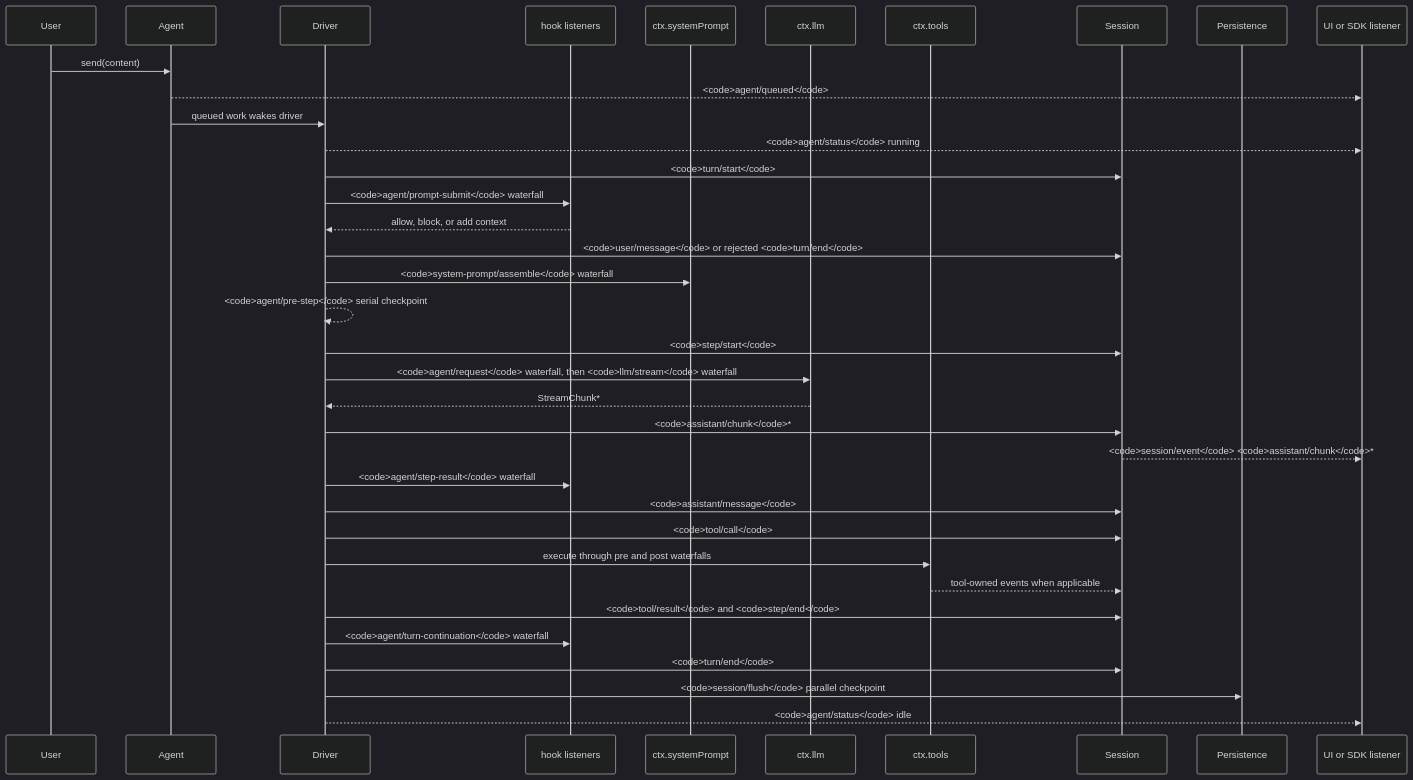
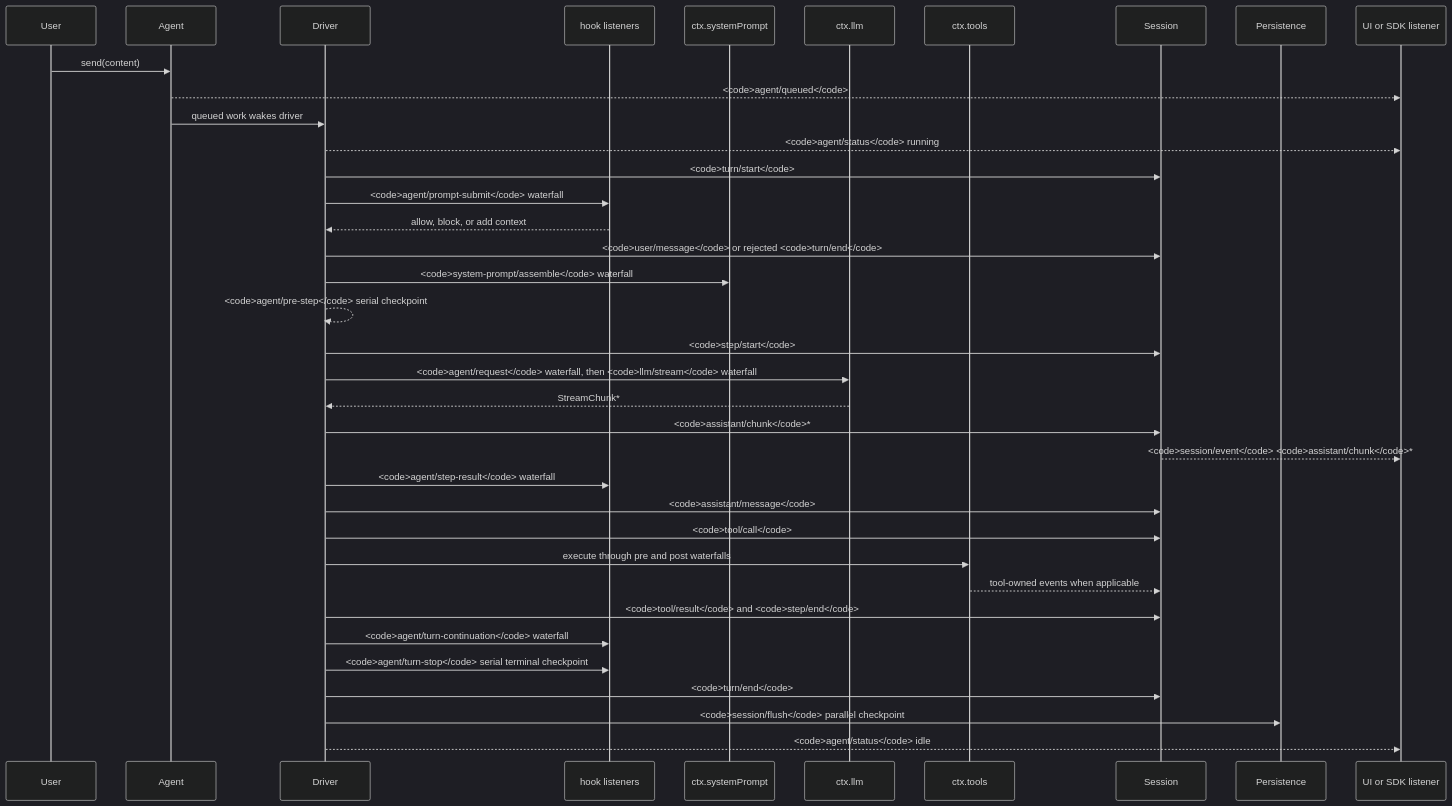
Before and after one commit to eru123/coco-harness: the diagram in docs/agent-lifecycle.md, drawn with Mermaid (dark theme). The commit also changed 239 other files, not shown here.

````diff
--- a/docs/agent-lifecycle.md
+++ b/docs/agent-lifecycle.md
@@ -8,38 +8,39 @@
 ```mermaid
 sequenceDiagram
   participant User
   participant Agent
   participant Driver
   participant Hooks as hook listeners
   participant Prompt as ctx.systemPrompt
   participant LLM as ctx.llm
   participant Tools as ctx.tools
   participant Session
   participant Persistence
   participant SDK as UI or SDK listener
   User->>Agent: send(content)
   Agent-->>SDK: <code>agent/queued</code>
   Agent->>Driver: queued work wakes driver
   Driver-->>SDK: <code>agent/status</code> running
   Driver->>Session: <code>turn/start</code>
   Driver->>Hooks: <code>agent/prompt-submit</code> waterfall
   Hooks-->>Driver: allow, block, or add context
   Driver->>Session: <code>user/message</code> or rejected <code>turn/end</code>
   Driver->>Prompt: <code>system-prompt/assemble</code> waterfall
   Driver-->>Driver: <code>agent/pre-step</code> serial checkpoint
   Driver->>Session: <code>step/start</code>
   Driver->>LLM: <code>agent/request</code> waterfall, then <code>llm/stream</code> waterfall
   LLM-->>Driver: StreamChunk*
   Driver->>Session: <code>assistant/chunk</code>*
   Session-->>SDK: <code>session/event</code> <code>assistant/chunk</code>*
   Driver->>Hooks: <code>agent/step-result</code> waterfall
   Driver->>Session: <code>assistant/message</code>
   Driver->>Session: <code>tool/call</code>
   Driver->>Tools: execute through pre and post waterfalls
   Tools-->>Session: tool-owned events when applicable
   Driver->>Session: <code>tool/result</code> and <code>step/end</code>
   Driver->>Hooks: <code>agent/turn-continuation</code> waterfall
+  Driver->>Hooks: <code>agent/turn-stop</code> serial terminal checkpoint
   Driver->>Session: <code>turn/end</code>
   Driver->>Persistence: <code>session/flush</code> parallel checkpoint
   Driver-->>SDK: <code>agent/status</code> idle
 ```
````
